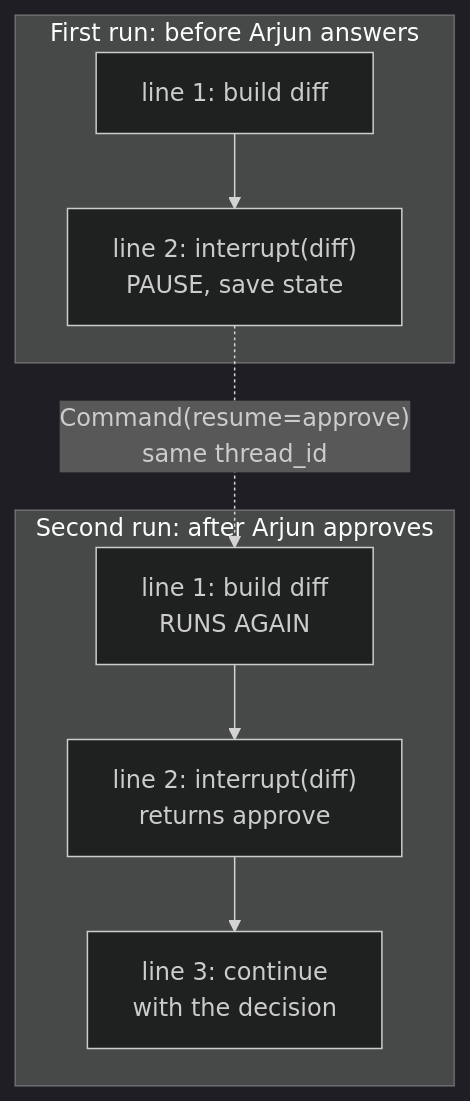
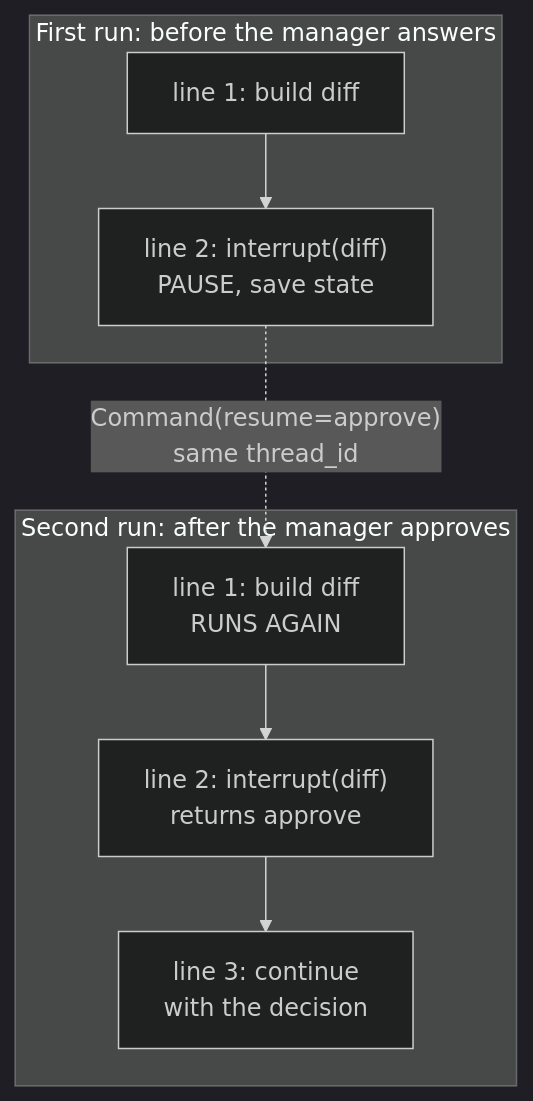
One commit to shubamchaudhary/CodeNITW changed the fourth of 8 diagrams in src/Data/aiStackDocs/CH-07.md. Above: the diagram before and after it, drawn with Mermaid (dark theme). The commit also changed other lines of this file and 32 other files, not shown here.

````diff
--- a/src/Data/aiStackDocs/CH-07.md
+++ b/src/Data/aiStackDocs/CH-07.md
@@ -61,11 +61,11 @@
 ```mermaid
 flowchart TB
-    subgraph FIRST["First run: before Arjun answers"]
+    subgraph FIRST["First run: before the manager answers"]
         A1["line 1: build diff"] --> A2["line 2: interrupt(diff)<br/>PAUSE, save state"]
     end
-    subgraph SECOND["Second run: after Arjun approves"]
+    subgraph SECOND["Second run: after the manager approves"]
         B1["line 1: build diff<br/>RUNS AGAIN"] --> B2["line 2: interrupt(diff)<br/>returns approve"]
         B2 --> B3["line 3: continue<br/>with the decision"]
     end
     A2 -.->|"Command(resume=approve)<br/>same thread_id"| B1
 ```
````
